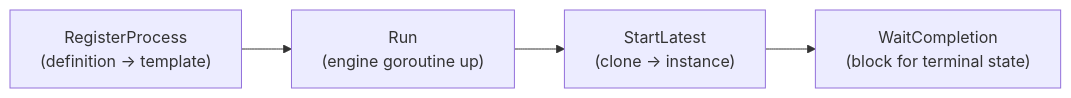
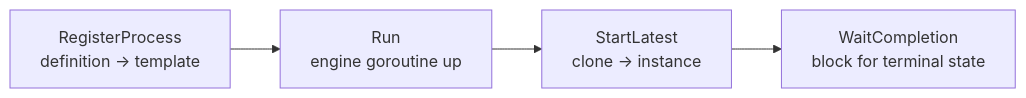
One commit to dr-dobermann/gobpm changed the diagram in docs/guides/getting-started/running-and-observing.md. Above: the diagram before and after it, drawn with Mermaid. The commit also changed other lines of this file and 81 other files, not shown here.

````diff
--- a/docs/guides/getting-started/running-and-observing.md
+++ b/docs/guides/getting-started/running-and-observing.md
@@ -20,6 +24,6 @@
 ```mermaid
 flowchart LR
-    reg["RegisterProcess<br/>(definition → template)"] --> run["Run<br/>(engine goroutine up)"]
-    run --> start["StartLatest<br/>(clone → instance)"]
-    start --> wait["WaitCompletion<br/>(block for terminal state)"]
+    reg["RegisterProcess<br/>definition → template"] --> run["Run<br/>engine goroutine up"]
+    run --> start["StartLatest<br/>clone → instance"]
+    start --> wait["WaitCompletion<br/>block for terminal state"]
 ```
````
